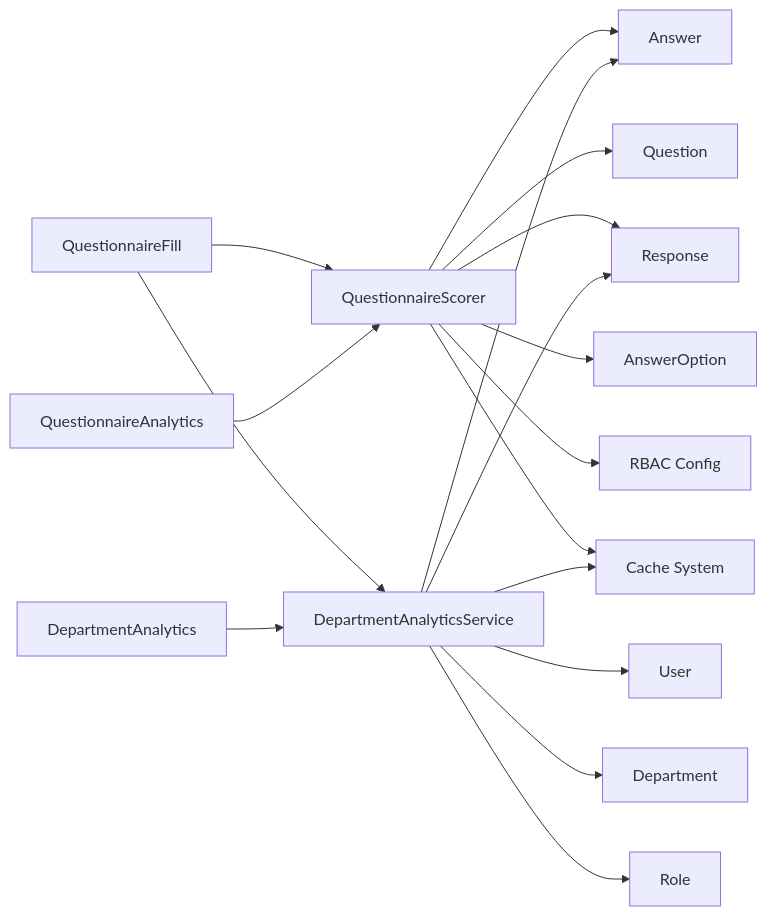
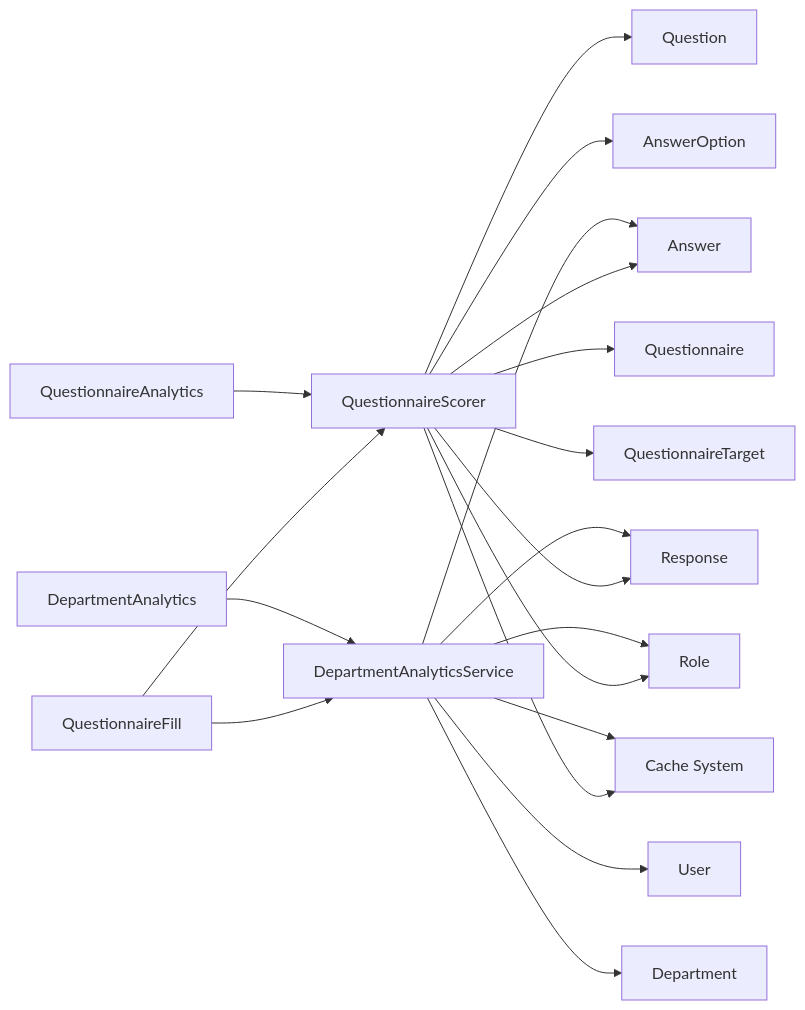
One commit to rudicatsmile/assesment360 changed the eighth of 8 diagrams in .qoder/repowiki/en/content/Core Features/Evaluation Workflows/Scoring Algorithm.md. Above: the diagram before and after it, drawn with Mermaid. The commit also changed other lines of this file and 4 other files, not shown here.

````diff
--- a/.qoder/repowiki/en/content/Core Features/Evaluation Workflows/Scoring Algorithm.md
+++ b/.qoder/repowiki/en/content/Core Features/Evaluation Workflows/Scoring Algorithm.md
@@ -551,19 +660,21 @@
 ```mermaid
 graph LR
 WF["QuestionnaireFill"] --> S["QuestionnaireScorer"]
 WF --> DAS["DepartmentAnalyticsService"]
 S --> A["Answer"]
 S --> Q["Question"]
 S --> R["Response"]
 S --> AO["AnswerOption"]
-S --> CFG["RBAC Config"]
+S --> QZ["Questionnaire"]
+S --> QT["QuestionnaireTarget"]
+S --> RO["Role"]
 S --> CACHE["Cache System"]
 DAS --> A
 DAS --> R
 DAS --> U["User"]
 DAS --> D["Department"]
-DAS --> RO["Role"]
+DAS --> RO
 DAS --> CACHE
 QA["QuestionnaireAnalytics"] --> S
 DA["DepartmentAnalytics"] --> DAS
 ```
````
